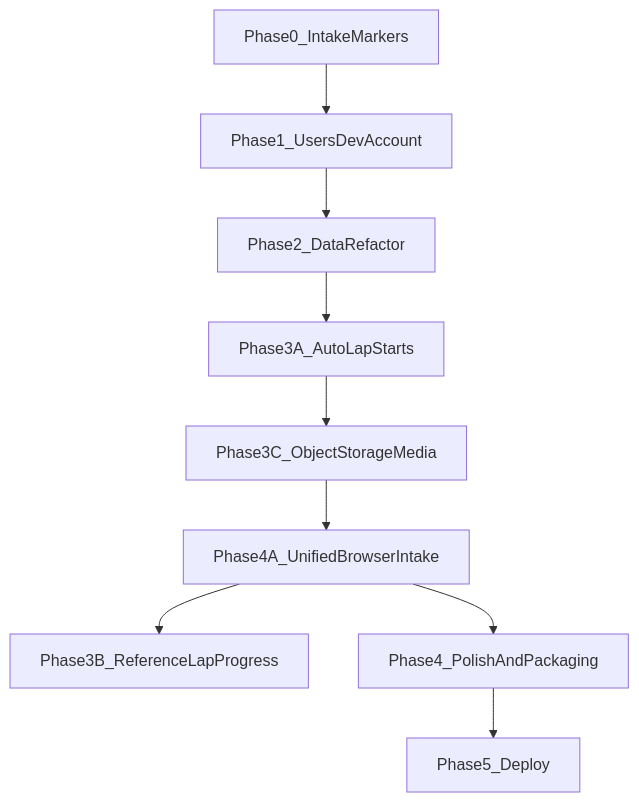
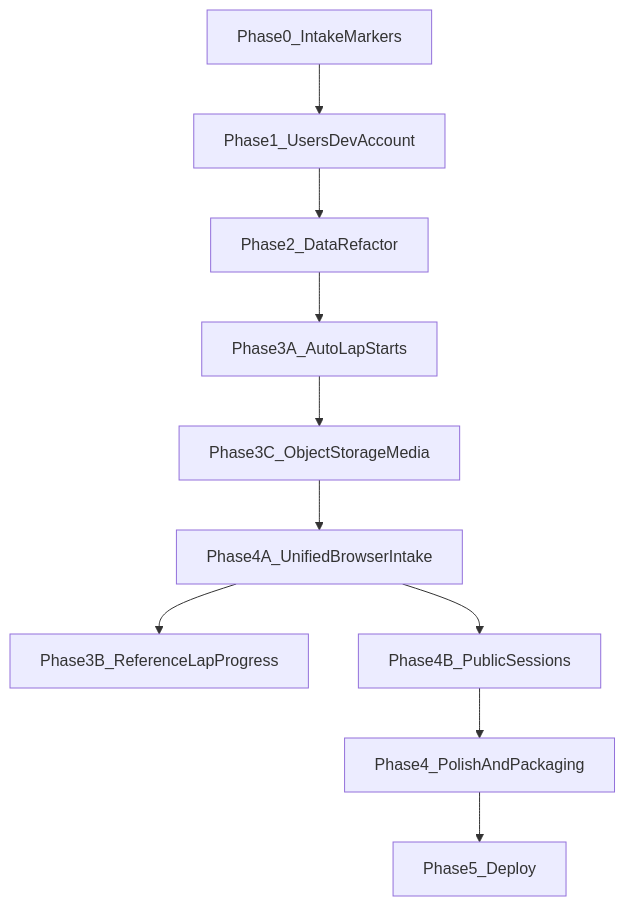
Before and after one commit to n-pawlawski/LapViewer: the diagram in docs/ROADMAP.md, drawn with Mermaid. The commit also changed other lines of this file and 11 other files, not shown here.

First line of the commit message:
Update roadmap and docs for public sessions, upload pipeline, and deploy status.

````diff
--- a/docs/ROADMAP.md
+++ b/docs/ROADMAP.md
@@ -45,21 +46,23 @@
 ```mermaid
 flowchart TD
   P0[Phase0_IntakeMarkers]
   P1[Phase1_UsersDevAccount]
   P2[Phase2_DataRefactor]
   P3A[Phase3A_AutoLapStarts]
   P3C[Phase3C_ObjectStorageMedia]
   P4A[Phase4A_UnifiedBrowserIntake]
   P3B[Phase3B_ReferenceLapProgress]
+  P4B[Phase4B_PublicSessions]
   P4[Phase4_PolishAndPackaging]
   P5[Phase5_Deploy]
 
   P0 --> P1
   P1 --> P2
   P2 --> P3A
   P3A --> P3C
   P3C --> P4A
   P4A --> P3B
-  P4A --> P4
+  P4A --> P4B
+  P4B --> P4
   P4 --> P5
 ```
````
